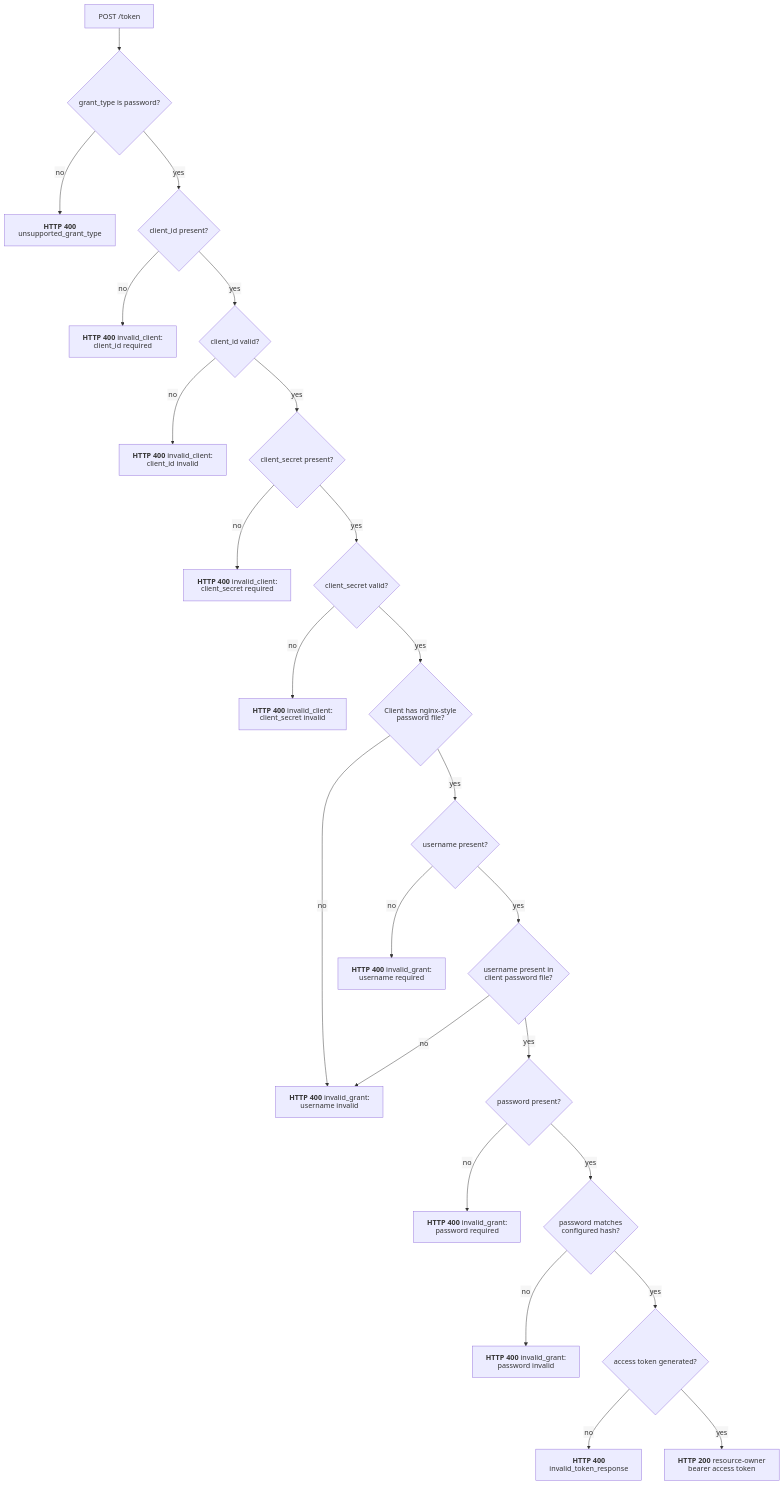
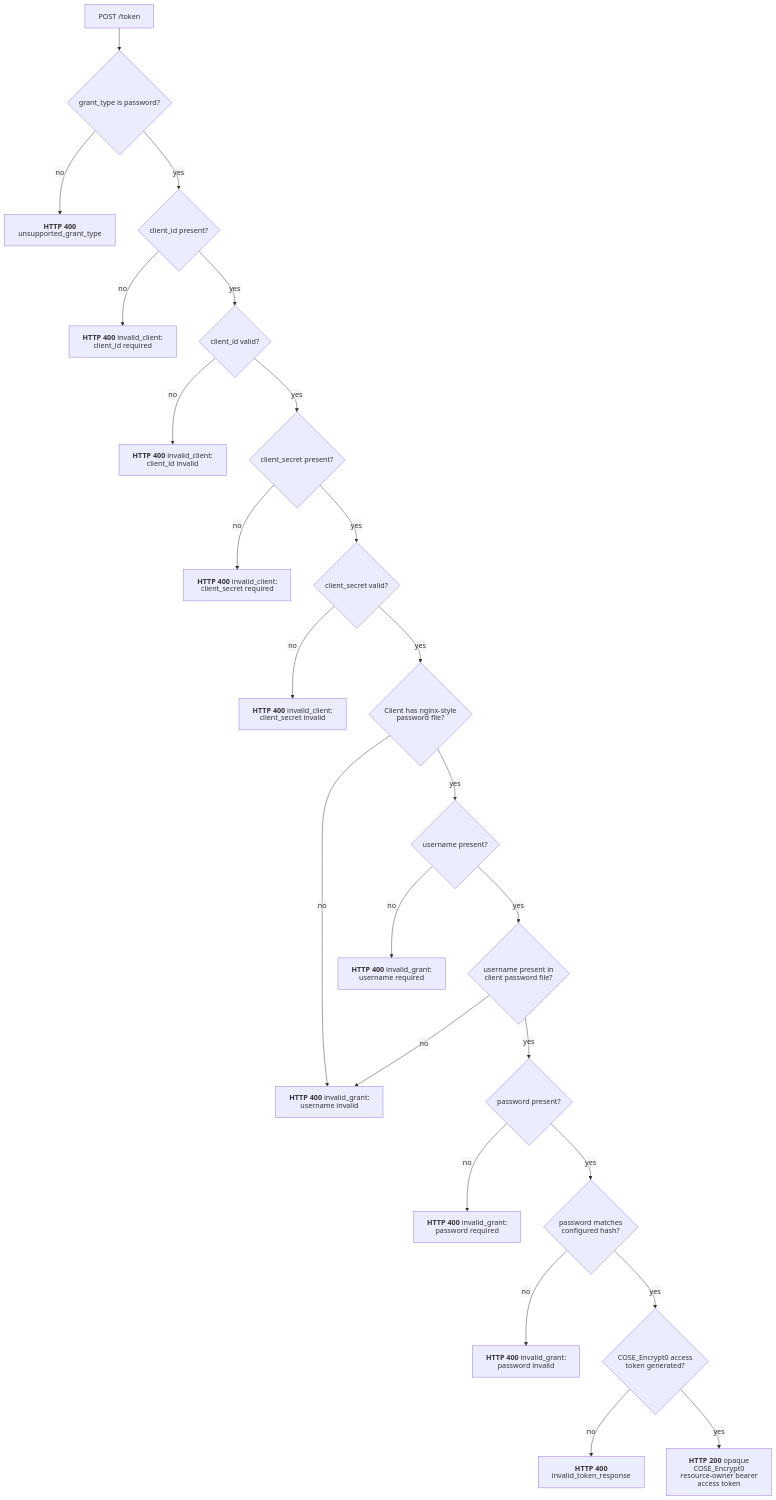
One commit to malach-it/kagome changed the diagram in docs/flows/oauth/resource_owner_password_credentials.mmd. Above: the diagram before and after it, drawn with Mermaid. The commit also changed 56 other files, not shown here.

```diff
--- a/docs/flows/oauth/resource_owner_password_credentials.mmd
+++ b/docs/flows/oauth/resource_owner_password_credentials.mmd
@@ -1,25 +1,25 @@
 %%{init: {"htmlLabels": false, "flowchart": {"htmlLabels": false}}}%%
 flowchart TD
     start[POST /token] --> grant{grant_type is password?}
     grant -- no --> unsupported["`**HTTP 400** unsupported_grant_type`"]
     grant -- yes --> client_id{client_id present?}
     client_id -- no --> missing_client["`**HTTP 400** invalid_client: client_id required`"]
     client_id -- yes --> client_valid{client_id valid?}
     client_valid -- no --> invalid_client["`**HTTP 400** invalid_client: client_id invalid`"]
     client_valid -- yes --> secret{client_secret present?}
     secret -- no --> missing_secret["`**HTTP 400** invalid_client: client_secret required`"]
     secret -- yes --> secret_valid{client_secret valid?}
     secret_valid -- no --> invalid_secret["`**HTTP 400** invalid_client: client_secret invalid`"]
     secret_valid -- yes --> password_file{Client has nginx-style password file?}
     password_file -- no --> invalid_username
     password_file -- yes --> username{username present?}
     username -- no --> missing_username["`**HTTP 400** invalid_grant: username required`"]
     username -- yes --> username_valid{username present in client password file?}
     username_valid -- no --> invalid_username["`**HTTP 400** invalid_grant: username invalid`"]
     username_valid -- yes --> password{password present?}
     password -- no --> missing_password["`**HTTP 400** invalid_grant: password required`"]
     password -- yes --> password_valid{password matches configured hash?}
     password_valid -- no --> invalid_password["`**HTTP 400** invalid_grant: password invalid`"]
-    password_valid -- yes --> generate{access token generated?}
+    password_valid -- yes --> generate{COSE_Encrypt0 access token generated?}
     generate -- no --> generation_error["`**HTTP 400** invalid_token_response`"]
-    generate -- yes --> success["`**HTTP 200** resource-owner bearer access token`"]
+    generate -- yes --> success["`**HTTP 200** opaque COSE_Encrypt0 resource-owner bearer access token`"]
```
